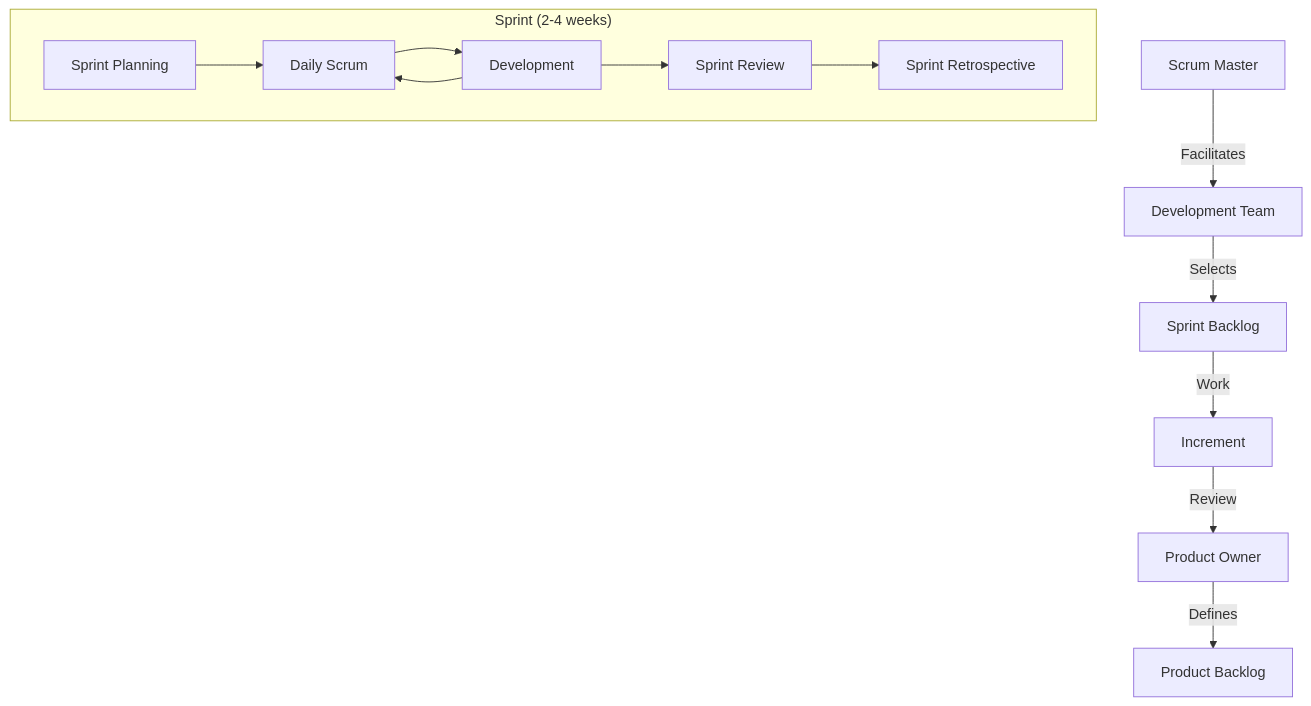
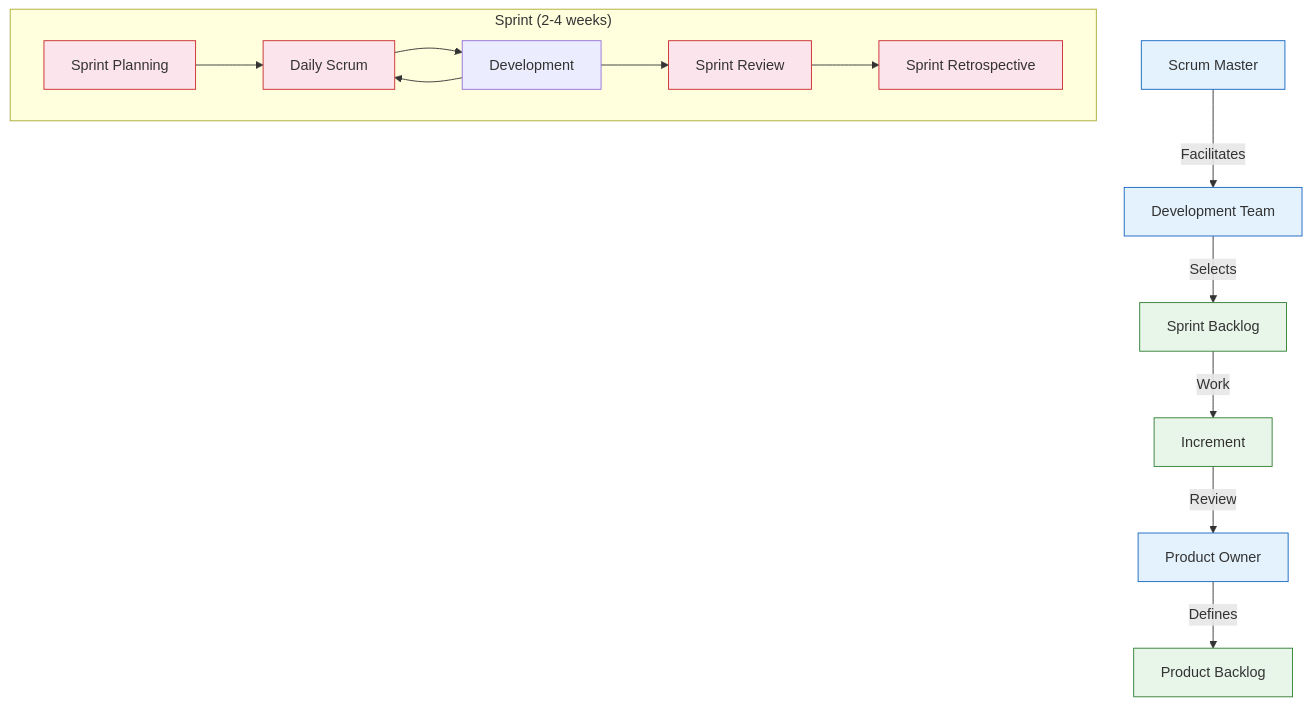
Before and after one commit to Raushan666java/ai-engineering-journey: the second of 8 diagrams in docs/courses/software-engineering/11-agile-methodologies.md, drawn with Mermaid. The commit also changed other lines of this file and 15 other files, not shown here.

Commit message:
deploy: software-engineering overhaul - 16 chapters expanded to avg 1284L (+7649L), richer Mermaid, more TS, deeper content

````diff
--- a/docs/courses/software-engineering/11-agile-methodologies.md
+++ b/docs/courses/software-engineering/11-agile-methodologies.md
@@ -62,16 +61,24 @@
 ```mermaid
 graph TD
     PO[Product Owner] -->|Defines| PB[Product Backlog]
     SM[Scrum Master] -->|Facilitates| TEAM[Development Team]
     TEAM -->|Selects| SB[Sprint Backlog]
     SB -->|Work| INCR[Increment]
     INCR -->|Review| PO
     
     subgraph "Sprint (2-4 weeks)"
         SP[Sprint Planning] --> DS[Daily Scrum]
         DS --> DEV[Development]
         DEV --> DS
         DEV --> SR[Sprint Review]
         SR --> RETRO[Sprint Retrospective]
     end
+    
+    classDef role fill:#e3f2fd,stroke:#1565c0
+    classDef event fill:#fce4ec,stroke:#c62828
+    classDef artifact fill:#e8f5e9,stroke:#2e7d32
+    
+    class PO,SM,TEAM role
+    class SP,DS,SR,RETRO event
+    class PB,SB,INCR artifact
 ```
````
